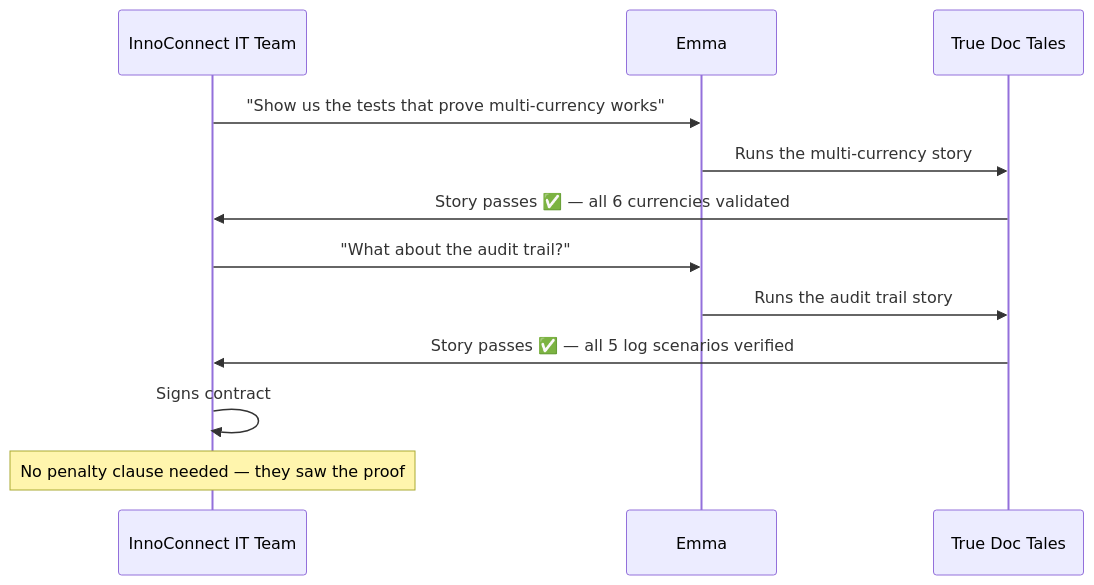
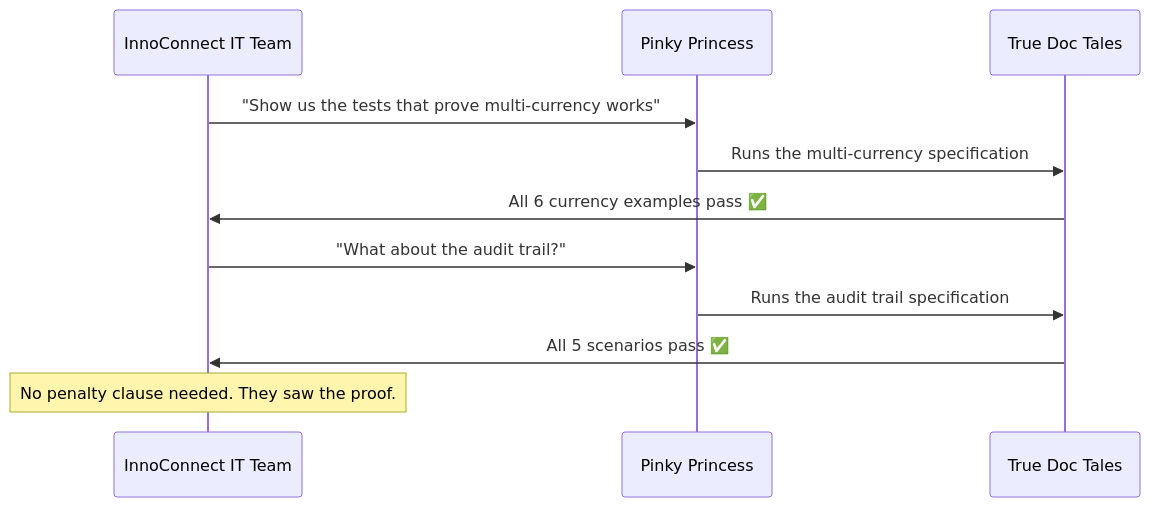
The diagram in fairy-doc-tales/05_true-doc-tales-success/01_true-doc-tales-success.md (truedoctales/truedoctales-4j), drawn with Mermaid before and after one commit. The commit also changed other lines of this file and 21 other files, not shown here.

````diff
--- a/fairy-doc-tales/05_true-doc-tales-success/01_true-doc-tales-success.md
+++ b/fairy-doc-tales/05_true-doc-tales-success/01_true-doc-tales-success.md
@@ -196,15 +317,14 @@
 ```mermaid
 sequenceDiagram
     participant IC as InnoConnect IT Team
-    participant E as Emma
+    participant PP as Pinky Princess
     participant TDT as True Doc Tales
 
-    IC->>E: "Show us the tests that prove multi-currency works"
-    E->>TDT: Runs the multi-currency story
-    TDT->>IC: Story passes ✅ — all 6 currencies validated
-    IC->>E: "What about the audit trail?"
-    E->>TDT: Runs the audit trail story
-    TDT->>IC: Story passes ✅ — all 5 log scenarios verified
-    IC->>IC: Signs contract
-    Note over IC: No penalty clause needed — they saw the proof
+    IC->>PP: "Show us the tests that prove multi-currency works"
+    PP->>TDT: Runs the multi-currency specification
+    TDT->>IC: All 6 currency examples pass ✅
+    IC->>PP: "What about the audit trail?"
+    PP->>TDT: Runs the audit trail specification
+    TDT->>IC: All 5 scenarios pass ✅
+    Note over IC: No penalty clause needed. They saw the proof.
 ```
````
